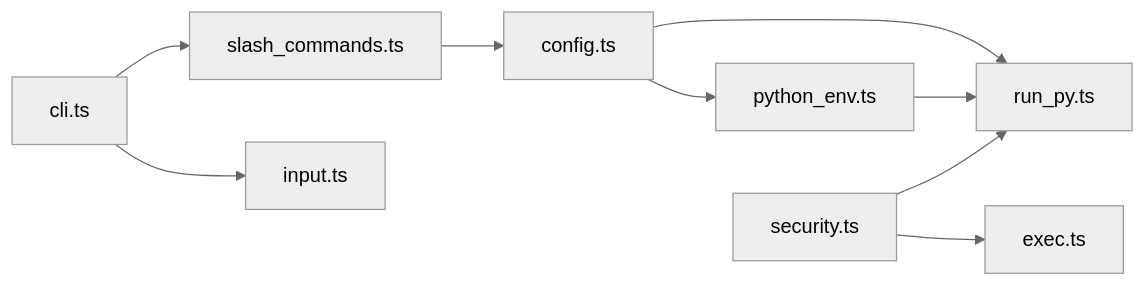
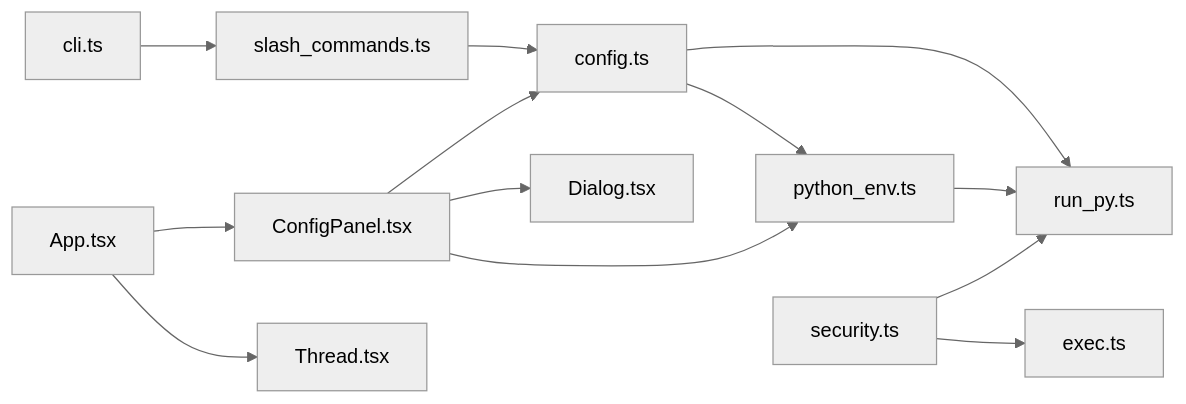
The fifth of 5 diagrams in .qoder/repowiki/zh/content/核心架构/Python 环境管理.md (HAOFUYANG/onion-code), drawn with Mermaid (neutral theme) before and after one commit. The commit also changed other lines of this file and 80 other files, not shown here.

````diff
--- a/.qoder/repowiki/zh/content/核心架构/Python 环境管理.md
+++ b/.qoder/repowiki/zh/content/核心架构/Python 环境管理.md
@@ -265,11 +301,15 @@
 ```mermaid
 graph LR
 CFG["config.ts"] --> PE["python_env.ts"]
 CFG --> RP["run_py.ts"]
 PE --> RP
 SEC["security.ts"] --> RP
 SEC --> EX["exec.ts"]
 SL["slash_commands.ts"] --> CFG
 CL["cli.ts"] --> SL
-CL --> IN["input.ts"]
+APP["App.tsx"] --> CP["ConfigPanel.tsx"]
+APP --> THREAD["Thread.tsx"]
+CP --> PE
+CP --> CFG
+CP --> DIALOG["Dialog.tsx"]
 ```
````
